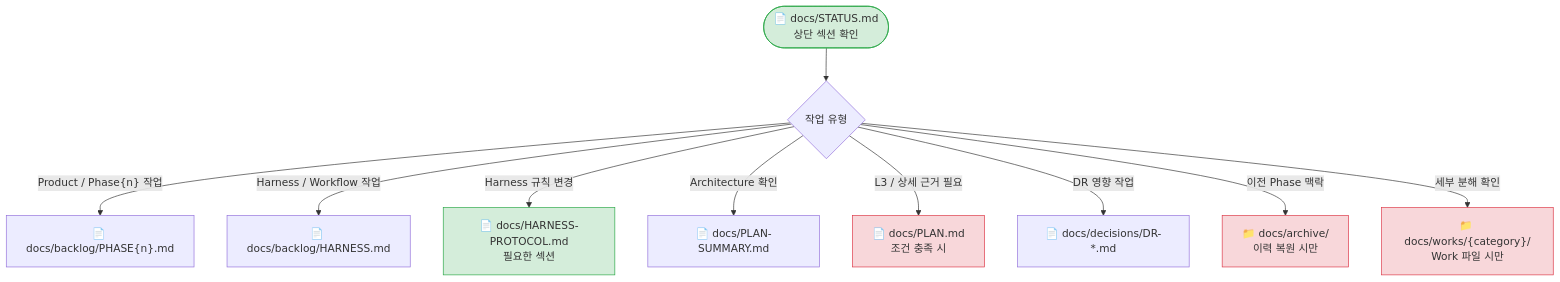
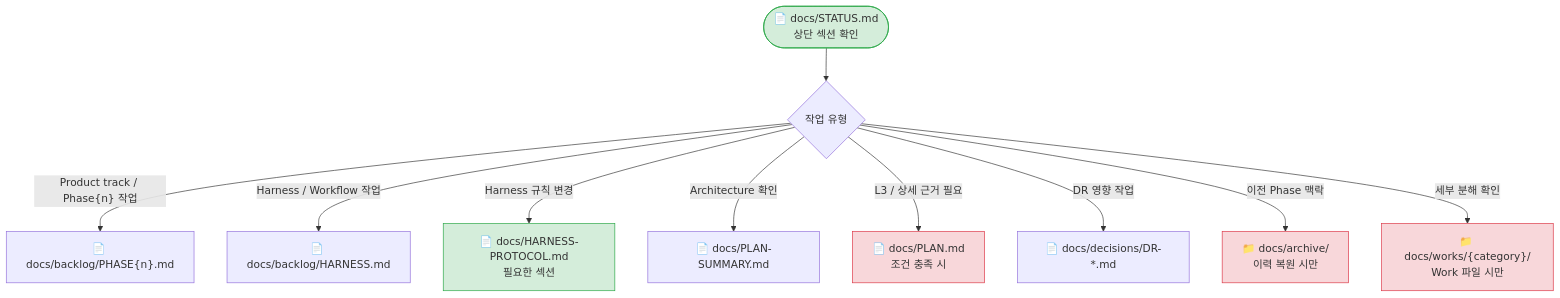
Diagram 11 of 14 in docs/WORKFLOW-MANUAL.md (kyungseo/ai-workflow-harness), drawn with Mermaid before and after one commit. The commit also changed other lines of this file and 216 other files, not shown here.

````diff
--- a/docs/WORKFLOW-MANUAL.md
+++ b/docs/WORKFLOW-MANUAL.md
@@ -783,19 +795,19 @@
 ```mermaid
 flowchart TD
     STATUS(["📄 docs/STATUS.md\n상단 섹션 확인"]) --> ROUTE{"작업 유형"}
 
-    ROUTE -- "Product / Phase{n} 작업" --> PBACKLOG["📄 docs/backlog/PHASE{n}.md"]
+    ROUTE -- "Product track / Phase{n} 작업" --> PBACKLOG["📄 docs/backlog/PHASE{n}.md"]
     ROUTE -- "Harness / Workflow 작업" --> HBACKLOG["📄 docs/backlog/HARNESS.md"]
     ROUTE -- "Harness 규칙 변경" --> HPROTO["📄 docs/HARNESS-PROTOCOL.md\n필요한 섹션"]
     ROUTE -- "Architecture 확인" --> PLAN_S["📄 docs/PLAN-SUMMARY.md"]
     ROUTE -- "L3 / 상세 근거 필요" --> PLAN["📄 docs/PLAN.md\n조건 충족 시"]
     ROUTE -- "DR 영향 작업" --> DECISIONS["📄 docs/decisions/DR-*.md"]
     ROUTE -- "이전 Phase 맥락" --> ARCHIVE["📁 docs/archive/\n이력 복원 시만"]
     ROUTE -- "세부 분해 확인" --> WORK["📁 docs/works/{category}/\nWork 파일 시만"]
 
     style STATUS fill:#d4edda,stroke:#28a745
     style HPROTO fill:#d4edda,stroke:#28a745
     style PLAN fill:#f8d7da,stroke:#dc3545
     style ARCHIVE fill:#f8d7da,stroke:#dc3545
     style WORK fill:#f8d7da,stroke:#dc3545
 ```
````
